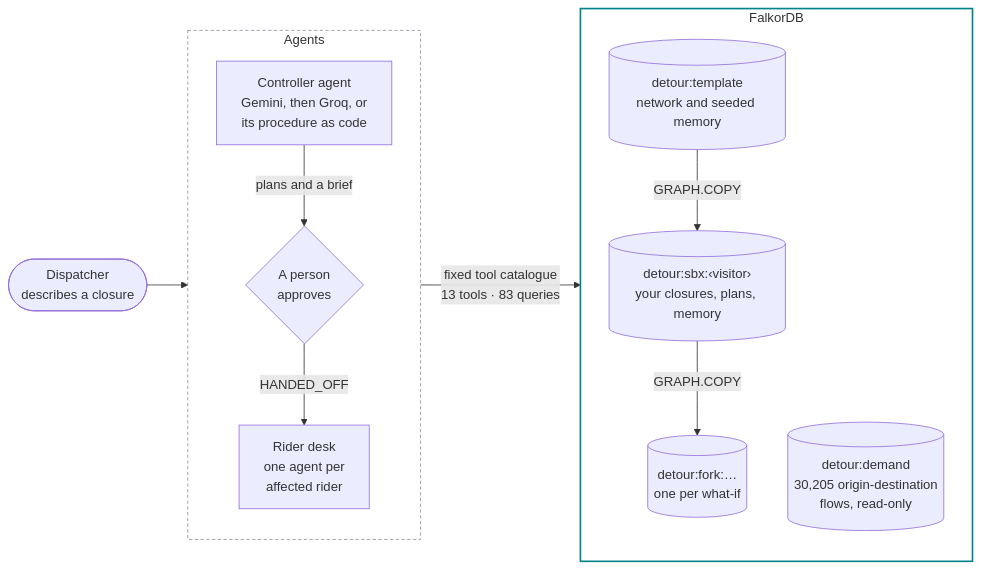
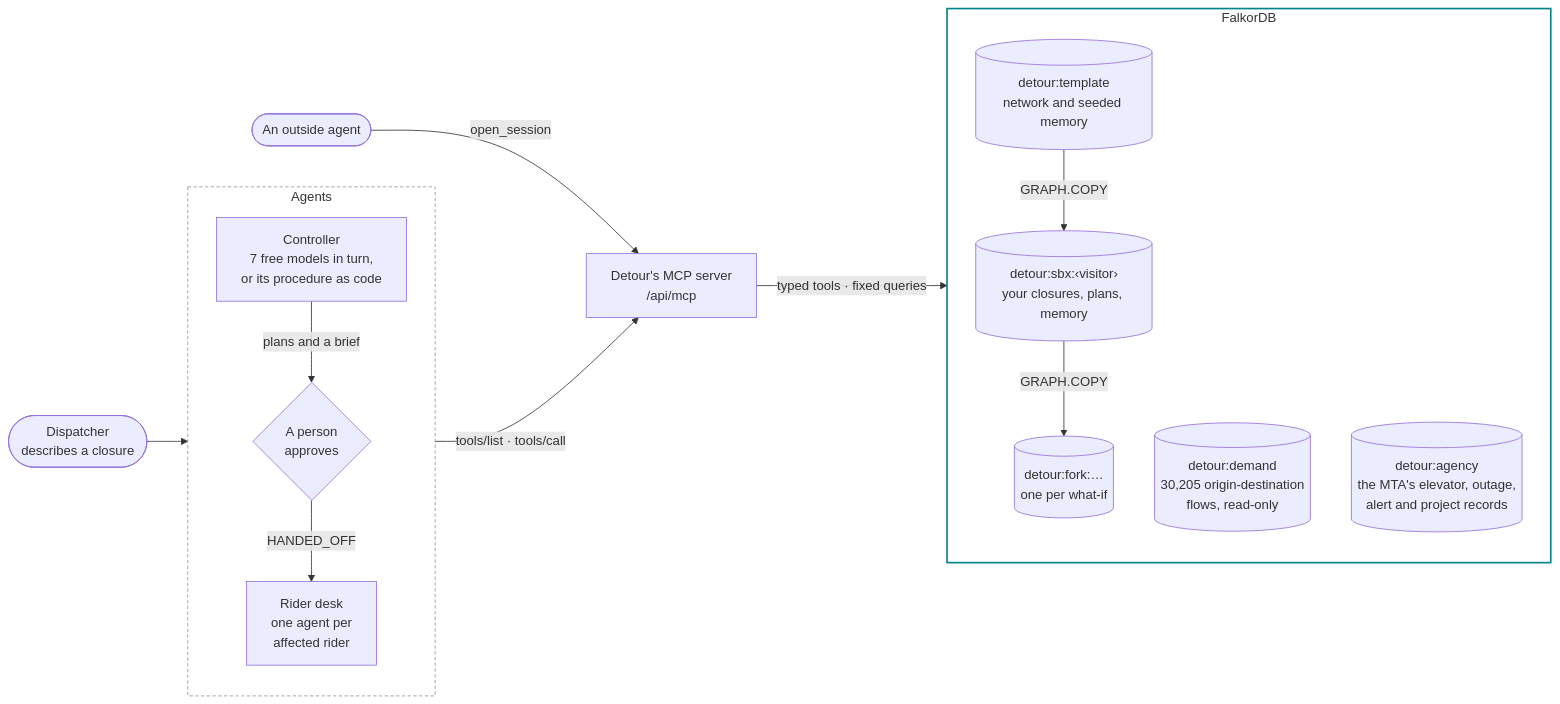
The first of 3 diagrams in README.md (SaudSatopay/detour), drawn with Mermaid before and after one commit. The commit also changed other lines of this file, not shown here.

First line of the commit message:
The README leads with the evidence: held-out tests against baselines, the MCP tool path and the MTA's real records

````diff
--- a/README.md
+++ b/README.md
@@ -109,24 +149,27 @@
 ```mermaid
 flowchart LR
     dispatcher(["Dispatcher<br/>describes a closure"]) --> agents
     subgraph agents ["Agents"]
         direction TB
-        controller["Controller agent<br/>Gemini, then Groq, or<br/>its procedure as code"]
+        controller["Controller<br/>7 free models in turn,<br/>or its procedure as code"]
         approval{"A person<br/>approves"}
         desk["Rider desk<br/>one agent per<br/>affected rider"]
         controller -- "plans and a brief" --> approval
         approval -- "HANDED_OFF" --> desk
     end
-    agents -- "fixed tool catalogue<br/>13 tools · 83 queries" --> falkor
+    agents -- "tools/list · tools/call" --> mcp["Detour's MCP server<br/>/api/mcp"]
+    outside(["An outside agent"]) -- "open_session" --> mcp
+    mcp -- "typed tools · fixed queries" --> falkor
     subgraph falkor ["FalkorDB"]
         direction TB
         template[("detour:template<br/>network and seeded memory")]
         sandbox[("detour:sbx:‹visitor›<br/>your closures, plans, memory")]
         fork[("detour:fork:…<br/>one per what-if")]
         demand[("detour:demand<br/>30,205 origin-destination<br/>flows, read-only")]
+        agency[("detour:agency<br/>the MTA's elevator, outage,<br/>alert and project records")]
         template -- "GRAPH.COPY" --> sandbox
         sandbox -- "GRAPH.COPY" --> fork
     end
     style agents fill:transparent,stroke:#8b949e,stroke-dasharray:4 3
     style falkor fill:transparent,stroke:#00848b,stroke-width:2px
 ```
````
